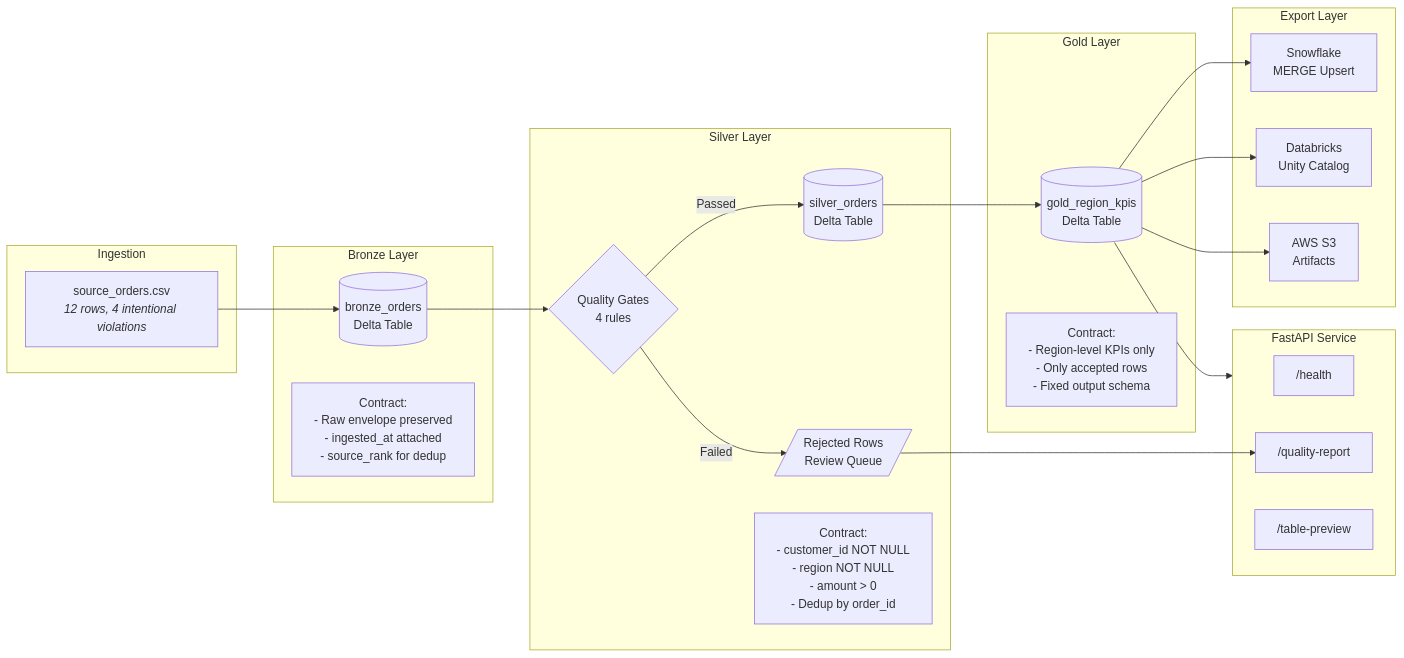
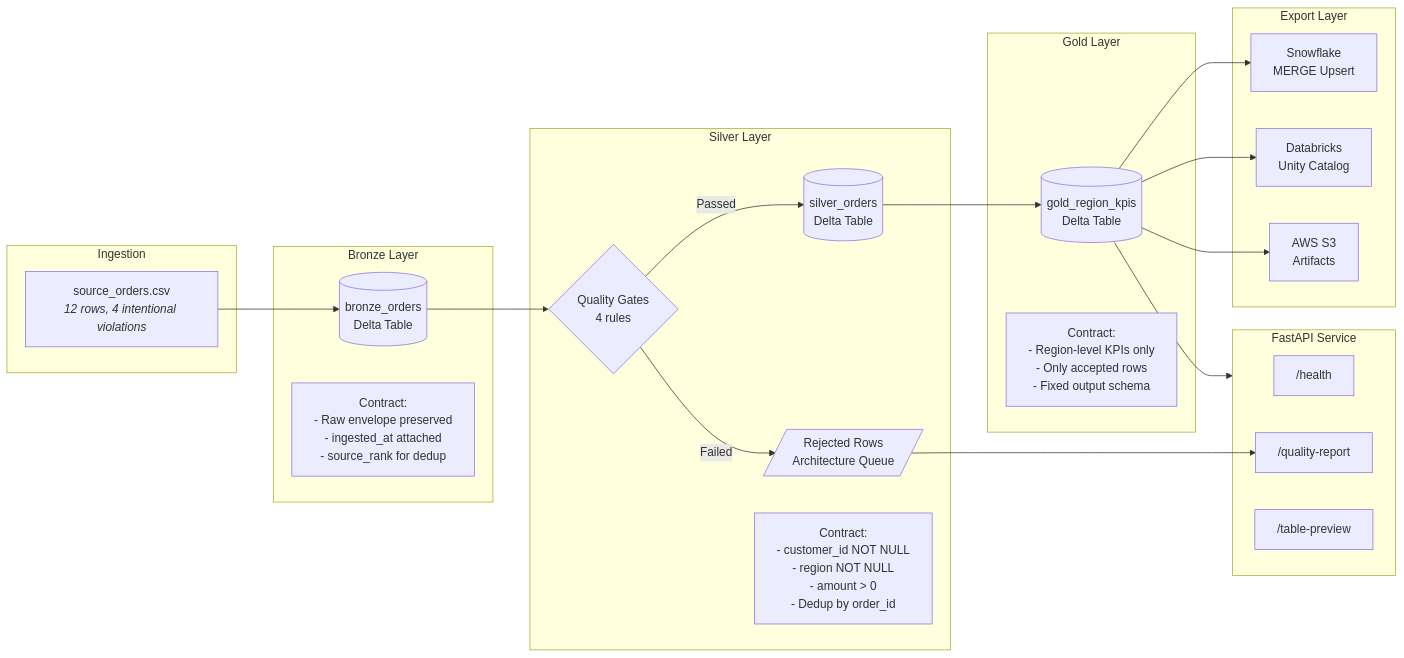
Before and after one commit to KIM3310/lakehouse-contract-lab: the diagram in README.md, drawn with Mermaid. The commit also changed other lines of this file and 18 other files, not shown here.

Commit message:
docs: align architecture-first project surface

````diff
--- a/README.md
+++ b/README.md
@@ -48,46 +48,46 @@
 ```mermaid
 flowchart LR
     subgraph Ingestion
         CSV["source_orders.csv<br/><i>12 rows, 4 intentional violations</i>"]
     end
 
     subgraph Bronze["Bronze Layer"]
         B_TABLE[("bronze_orders<br/>Delta Table")]
         B_CONTRACT["Contract:<br/>- Raw envelope preserved<br/>- ingested_at attached<br/>- source_rank for dedup"]
     end
 
     subgraph Silver["Silver Layer"]
         GATES{"Quality Gates<br/>4 rules"}
         S_TABLE[("silver_orders<br/>Delta Table")]
-        REJECTED[/"Rejected Rows<br/>Review Queue"/]
+        REJECTED[/"Rejected Rows<br/>Architecture Queue"/]
         S_CONTRACT["Contract:<br/>- customer_id NOT NULL<br/>- region NOT NULL<br/>- amount > 0<br/>- Dedup by order_id"]
     end
 
     subgraph Gold["Gold Layer"]
         G_TABLE[("gold_region_kpis<br/>Delta Table")]
         G_CONTRACT["Contract:<br/>- Region-level KPIs only<br/>- Only accepted rows<br/>- Fixed output schema"]
     end
 
     subgraph Export["Export Layer"]
         SF["Snowflake<br/>MERGE Upsert"]
         DB["Databricks<br/>Unity Catalog"]
         S3["AWS S3<br/>Artifacts"]
     end
 
     subgraph API["FastAPI Service"]
         HEALTH["/health"]
         QR["/quality-report"]
         PREVIEW["/table-preview"]
     end
 
     CSV --> B_TABLE
     B_TABLE --> GATES
     GATES -->|"Passed"| S_TABLE
     GATES -->|"Failed"| REJECTED
     S_TABLE --> G_TABLE
     G_TABLE --> SF
     G_TABLE --> DB
     G_TABLE --> S3
     G_TABLE --> API
     REJECTED --> QR
 ```
````
